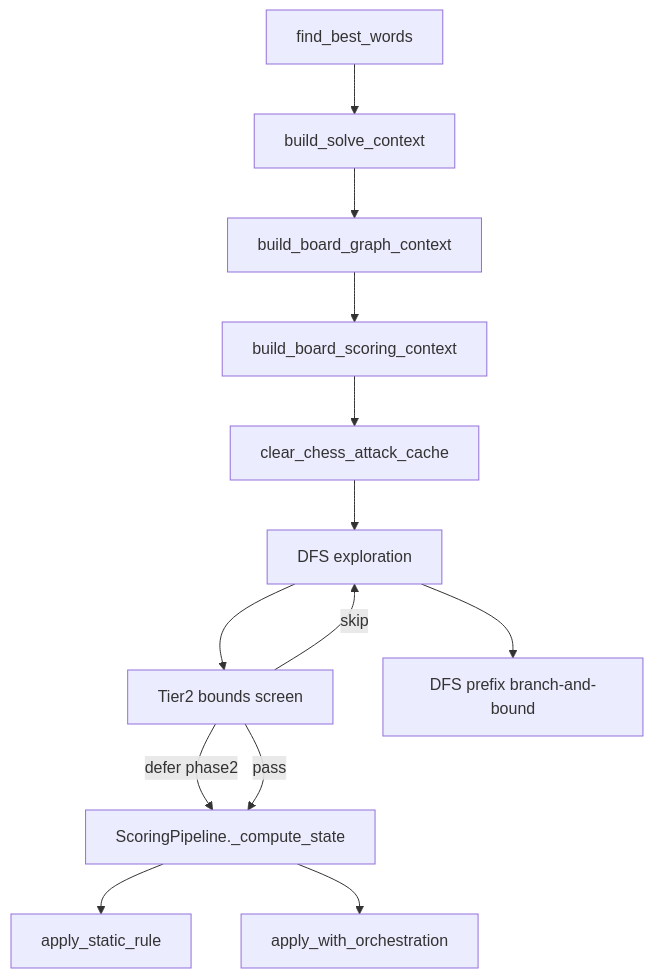
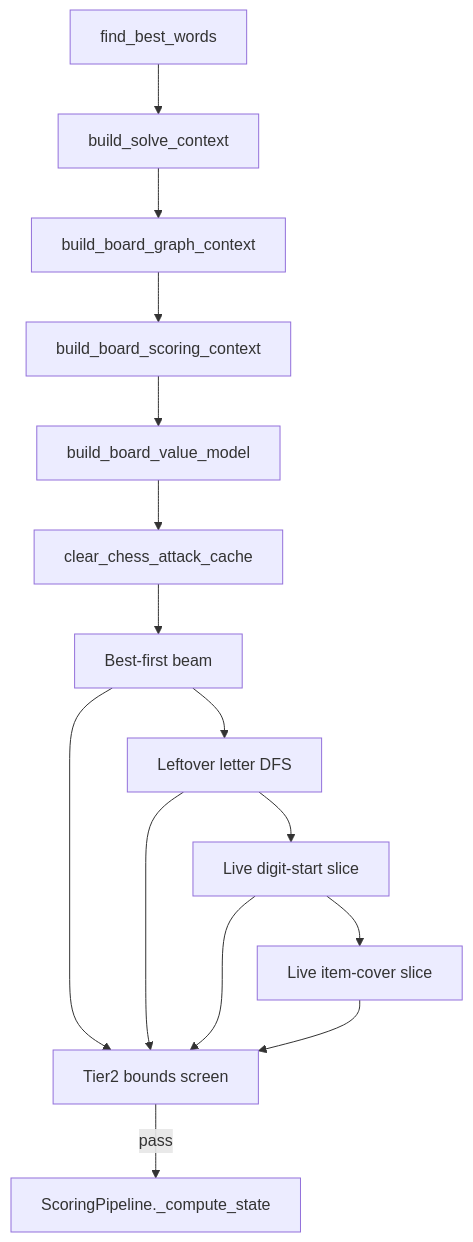
Before and after one commit to SleepyFinale/cursed-words-solver: the diagram in docs/SEARCH_ARCHITECTURE.md, drawn with Mermaid. The commit also changed other lines of this file and 17 other files, not shown here.

````diff
--- a/docs/SEARCH_ARCHITECTURE.md
+++ b/docs/SEARCH_ARCHITECTURE.md
@@ -11,23 +11,23 @@
 ```mermaid
 flowchart TB
   F8[find_best_words]
   SC[build_solve_context]
   BG[build_board_graph_context]
   BS[build_board_scoring_context]
+  VM[build_board_value_model]
   CC[clear_chess_attack_cache]
-  DFS[DFS exploration]
+  Beam[Best-first beam]
+  DFS[Leftover letter DFS]
+  Num[Live digit-start slice]
   T2[Tier2 bounds screen]
-  BB[DFS prefix branch-and-bound]
   PIPE[ScoringPipeline._compute_state]
-  STATIC[apply_static_rule]
-  DYN[apply_with_orchestration]
 
-  F8 --> SC --> BG --> BS --> CC --> DFS
-  DFS --> BB
+  F8 --> SC --> BG --> BS --> VM --> CC --> Beam
+  Beam --> DFS --> Num
+  Num --> Items[Live item-cover slice]
+  Beam --> T2
   DFS --> T2
-  T2 -->|skip| DFS
-  T2 -->|defer phase2| PIPE
+  Num --> T2
+  Items --> T2
   T2 -->|pass| PIPE
-  PIPE --> STATIC
-  PIPE --> DYN
 ```
````
